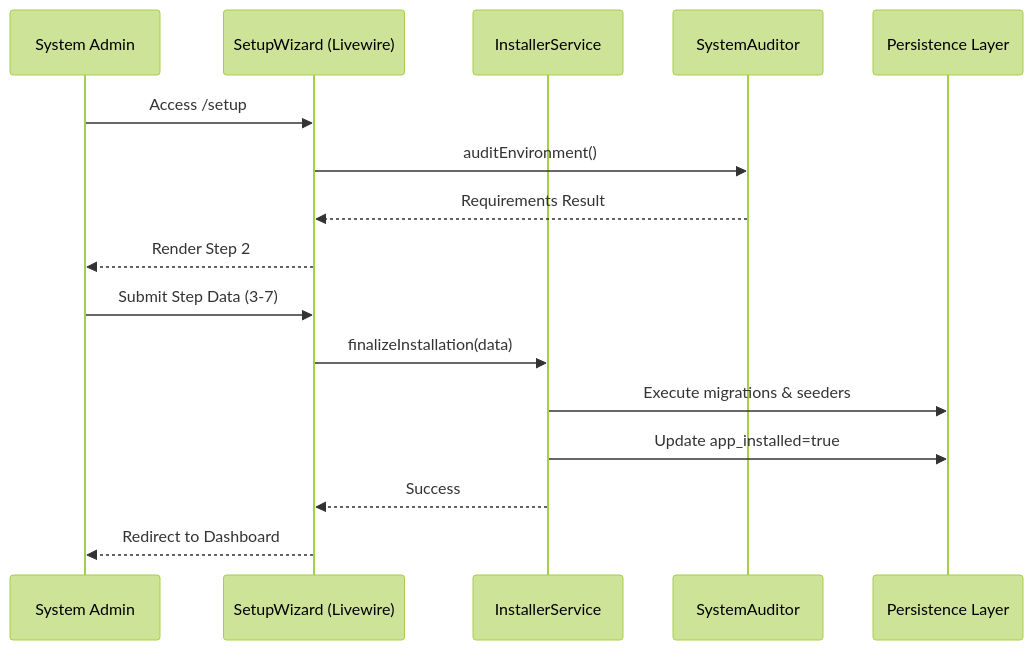
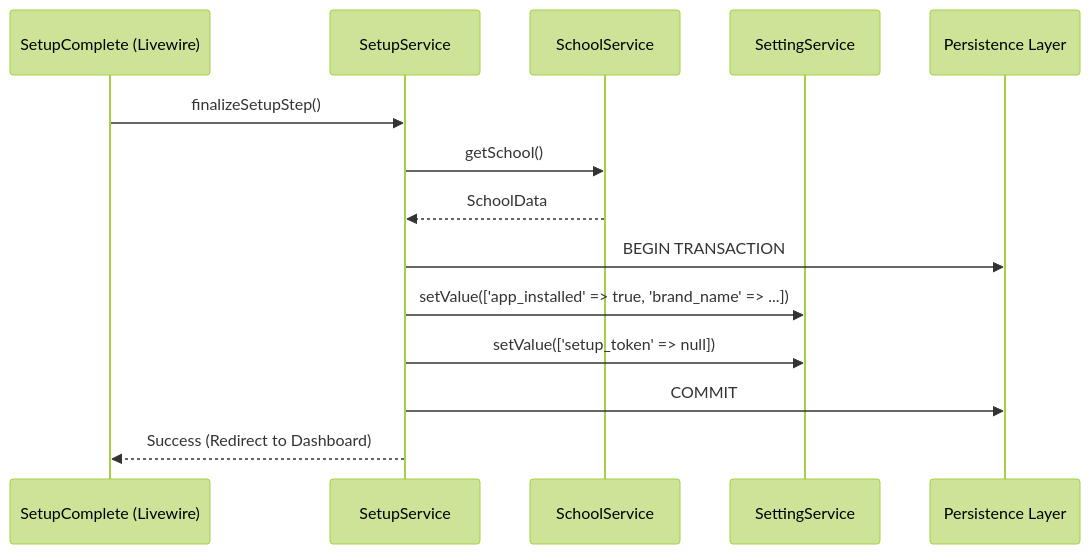
One commit to reasvyn/internara changed the diagram in docs/blueprints/BP-SYS-F101-Installation-Wizard.md. Above: the diagram before and after it, drawn with Mermaid (forest theme). The commit also changed other lines of this file and 21 other files, not shown here.

First line of the commit message:
refactor(setup): harden installation wizard and synchronize with BP-SYS-F101

````diff
--- a/docs/blueprints/BP-SYS-F101-Installation-Wizard.md
+++ b/docs/blueprints/BP-SYS-F101-Installation-Wizard.md
@@ -76,19 +45,17 @@
 ```mermaid
 sequenceDiagram
-    participant U as System Admin
-    participant W as SetupWizard (Livewire)
-    participant S as InstallerService
-    participant A as SystemAuditor
+    participant W as SetupComplete (Livewire)
+    participant S as SetupService
+    participant SCH as SchoolService
+    participant SET as SettingService
     participant DB as Persistence Layer
 
-    U->>W: Access /setup
-    W->>A: auditEnvironment()
-    A-->>W: Requirements Result
-    W-->>U: Render Step 2
-    U->>W: Submit Step Data (3-7)
-    W->>S: finalizeInstallation(data)
-    S->>DB: Execute migrations & seeders
-    S->>DB: Update app_installed=true
-    S-->>W: Success
-    W-->>U: Redirect to Dashboard
+    W->>S: finalizeSetupStep()
+    S->>SCH: getSchool()
+    SCH-->>S: SchoolData
+    S->>DB: BEGIN TRANSACTION
+    S->>SET: setValue(['app_installed' => true, 'brand_name' => ...])
+    S->>SET: setValue(['setup_token' => null])
+    S->>DB: COMMIT
+    S-->>W: Success (Redirect to Dashboard)
 ```
````
